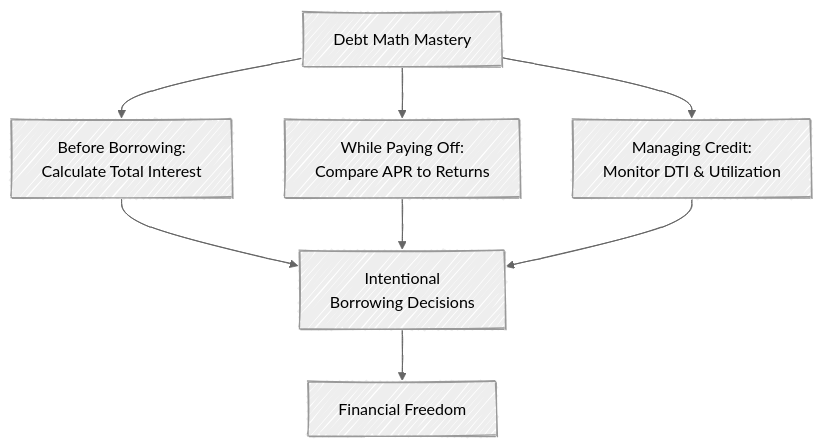
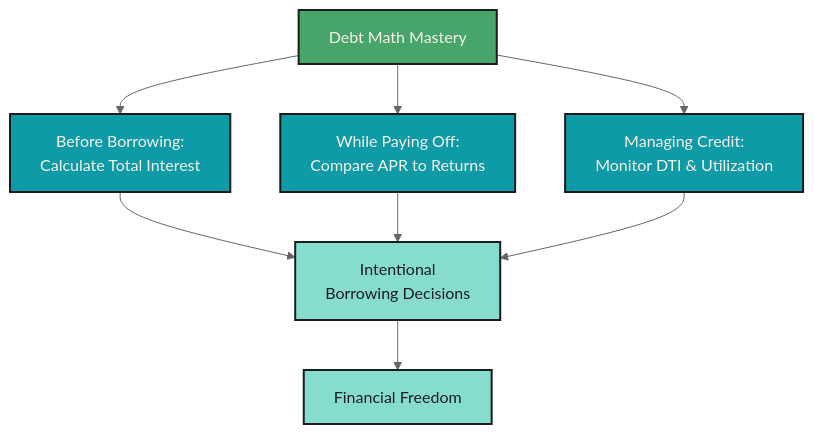
One commit to mjfrigaard/fm-finance changed the seventh of 7 diagrams in managing_debt.qmd. Above: the diagram before and after it, drawn with Mermaid. The commit also changed other lines of this file and 5 other files, not shown here.

Commit message:
updates to mermaid

````diff
--- a/managing_debt.qmd
+++ b/managing_debt.qmd
@@ -719,16 +768,22 @@
 ```{mermaid}
 %%| fig-cap: 'Putting the Math to Work'
 %%| fig-align: center
-%%{init: {'theme': 'neutral', 'look': 'handDrawn', 'themeVariables': { 'fontFamily': 'monospace', "fontSize":"16px"}}}%%
+%%{init: {'theme': 'neutral', 'themeVariables': { 'fontFamily': 'monospace', "fontSize":"16px"}}}%%
 
 flowchart TD
     DebtMath[Debt Math Mastery] --> Decision1[Before Borrowing:<br/>Calculate Total Interest]
     DebtMath --> Decision2[While Paying Off:<br/>Compare APR to Returns]
     DebtMath --> Decision3[Managing Credit:<br/>Monitor DTI & Utilization]
 
     Decision1 --> Outcome[Intentional<br/>Borrowing Decisions]
     Decision2 --> Outcome
     Decision3 --> Outcome
 
     Outcome --> Freedom[Financial Freedom]
+    style DebtMath fill:#48a56a,color:#F5F2E8,stroke:#1C1C1E,stroke-width:2px
+    style Decision1 fill:#0e9aa7,color:#F5F2E8,stroke:#1C1C1E,stroke-width:2px
+    style Decision2 fill:#0e9aa7,color:#F5F2E8,stroke:#1C1C1E,stroke-width:2px
+    style Decision3 fill:#0e9aa7,color:#F5F2E8,stroke:#1C1C1E,stroke-width:2px
+    style Outcome fill:#86ddcd,color:#1C1C1E,stroke:#1C1C1E,stroke-width:2px
+    style Freedom fill:#86ddcd,color:#1C1C1E,stroke:#1C1C1E,stroke-width:2px
 ```
````
